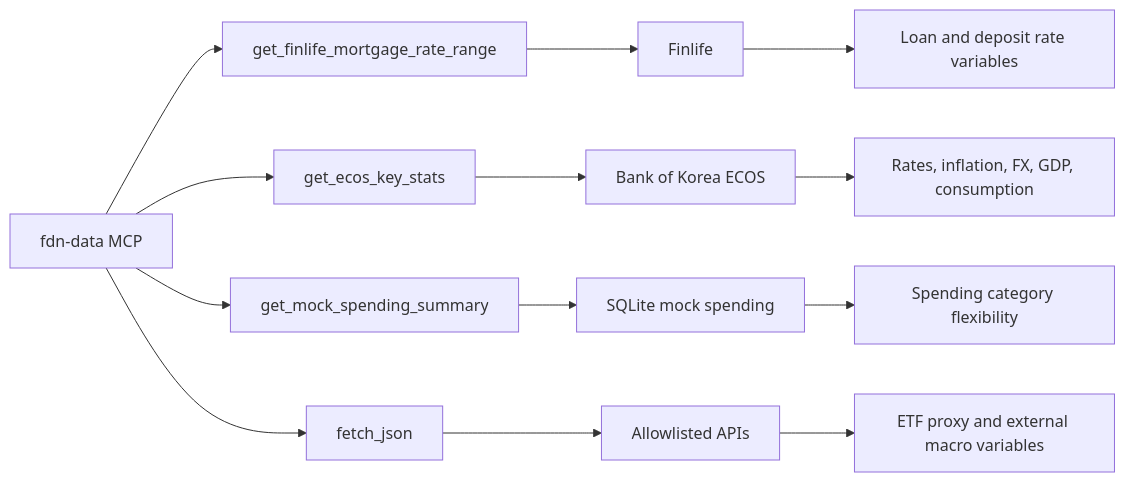
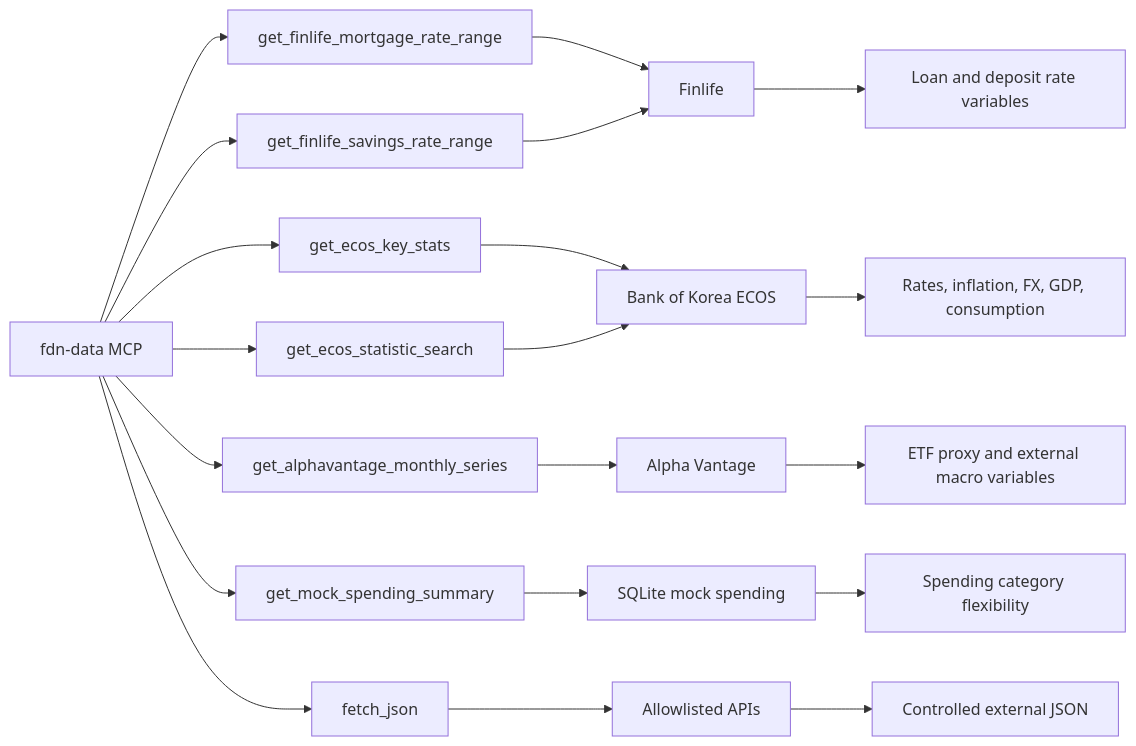
One commit to Aitopeople/Financial-Decision-Navigator changed the fourth of 4 diagrams in README.md. Above: the diagram before and after it, drawn with Mermaid. The commit also changed other lines of this file and 15 other files, not shown here.

````diff
--- a/README.md
+++ b/README.md
@@ -107,17 +107,24 @@
 ```mermaid
 flowchart LR
     MCP[fdn-data MCP] --> A[get_finlife_mortgage_rate_range]
-    MCP --> B[get_ecos_key_stats]
-    MCP --> C[get_mock_spending_summary]
-    MCP --> D[fetch_json]
+    MCP --> B[get_finlife_savings_rate_range]
+    MCP --> C[get_ecos_key_stats]
+    MCP --> D[get_ecos_statistic_search]
+    MCP --> E[get_alphavantage_monthly_series]
+    MCP --> G[get_mock_spending_summary]
+    MCP --> H[fetch_json]
 
     A --> F[Finlife]
-    B --> E[Bank of Korea ECOS]
-    C --> S[SQLite mock spending]
-    D --> X[Allowlisted APIs]
+    B --> F
+    C --> K[Bank of Korea ECOS]
+    D --> K
+    E --> AV[Alpha Vantage]
+    G --> S[SQLite mock spending]
+    H --> X[Allowlisted APIs]
 
     F --> V1[Loan and deposit rate variables]
-    E --> V2[Rates, inflation, FX, GDP, consumption]
+    K --> V2[Rates, inflation, FX, GDP, consumption]
+    AV --> V4[ETF proxy and external macro variables]
     S --> V3[Spending category flexibility]
-    X --> V4[ETF proxy and external macro variables]
+    X --> V5[Controlled external JSON]
 ```
````
